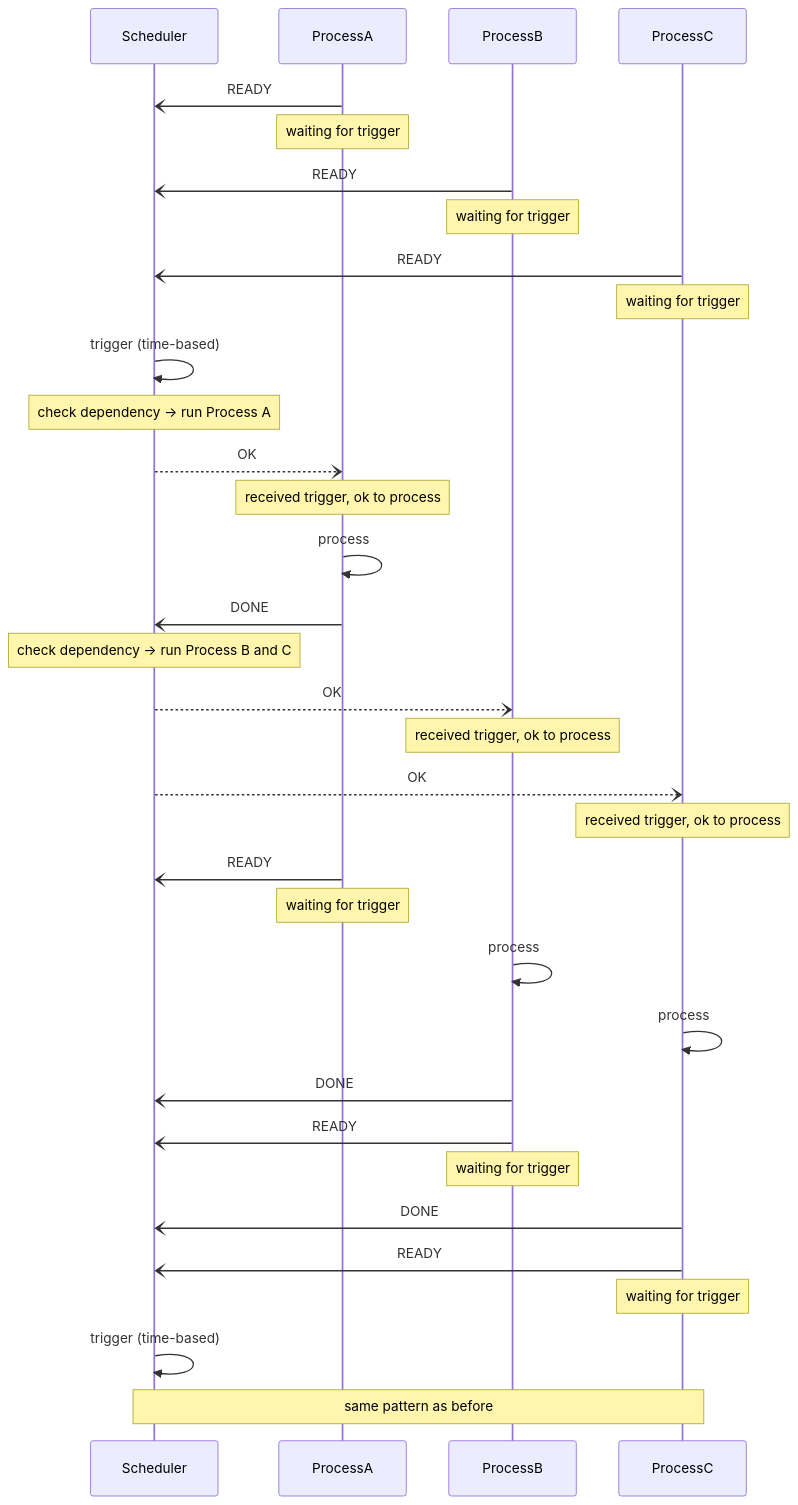
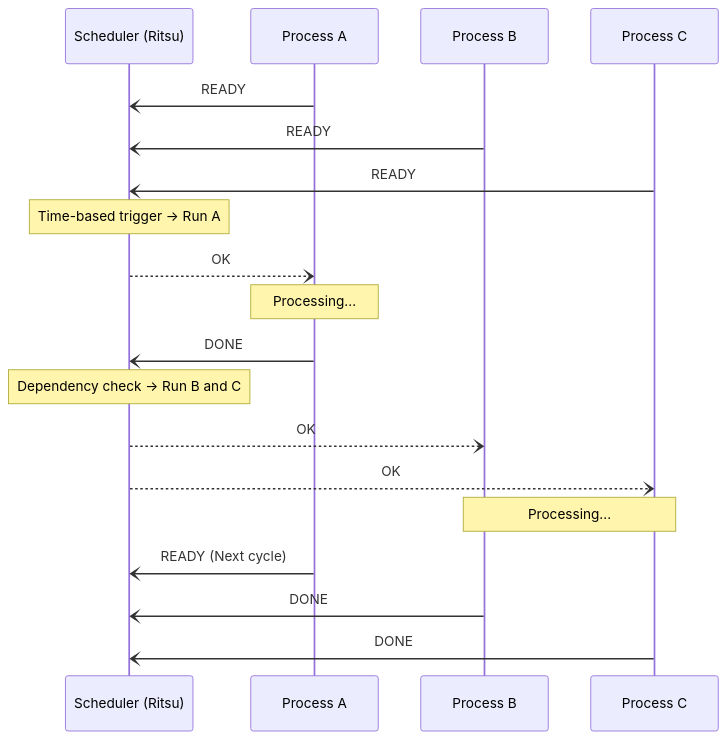
One commit to nao-kawano/ritsu-scheduler changed the diagram in README.md. Above: the diagram before and after it, drawn with Mermaid. The commit also changed other lines of this file and 1 other file, not shown here.

First line of the commit message:
docs: update README and documentation for Ritsu rebranding

````diff
--- a/README.md
+++ b/README.md
@@ -24,45 +24,25 @@
 ```mermaid
 sequenceDiagram
-  participant S as Scheduler
-  participant A as ProcessA
-  participant B as ProcessB
-  participant C as ProcessC
+  participant S as Scheduler (Ritsu)
+  participant A as Process A
+  participant B as Process B
+  participant C as Process C
 
   A -) S: READY
-    Note over A: waiting for trigger
   B -) S: READY
-    Note over B: waiting for trigger
   C -) S: READY
-    Note over C: waiting for trigger
 
-  S ->> S: trigger (time-based)
-  Note over S: check dependency -> run Process A
-
+  Note over S: Time-based trigger -> Run A
   S --) A: OK
-  Note over A: received trigger, ok to process
-  A ->> A: process
+  Note over A: Processing...
   A -) S: DONE
 
-  Note over S: check dependency -> run Process B and C
+  Note over S: Dependency check -> Run B and C
   S --) B: OK
-  Note over B: received trigger, ok to process
   S --) C: OK
-  Note over C: received trigger, ok to process
+  Note over B,C: Processing...
 
-  A -) S: READY
-    Note over A: waiting for trigger
-
-  B ->> B: process
-  C ->> C: process
-
+  A -) S: READY (Next cycle)
   B -) S: DONE
-  B -) S: READY
-    Note over B: waiting for trigger
-
   C -) S: DONE
-  C -) S: READY
-    Note over C: waiting for trigger
-
-  S ->> S: trigger (time-based)
-  Note over S,C: same pattern as before
 ```
````
